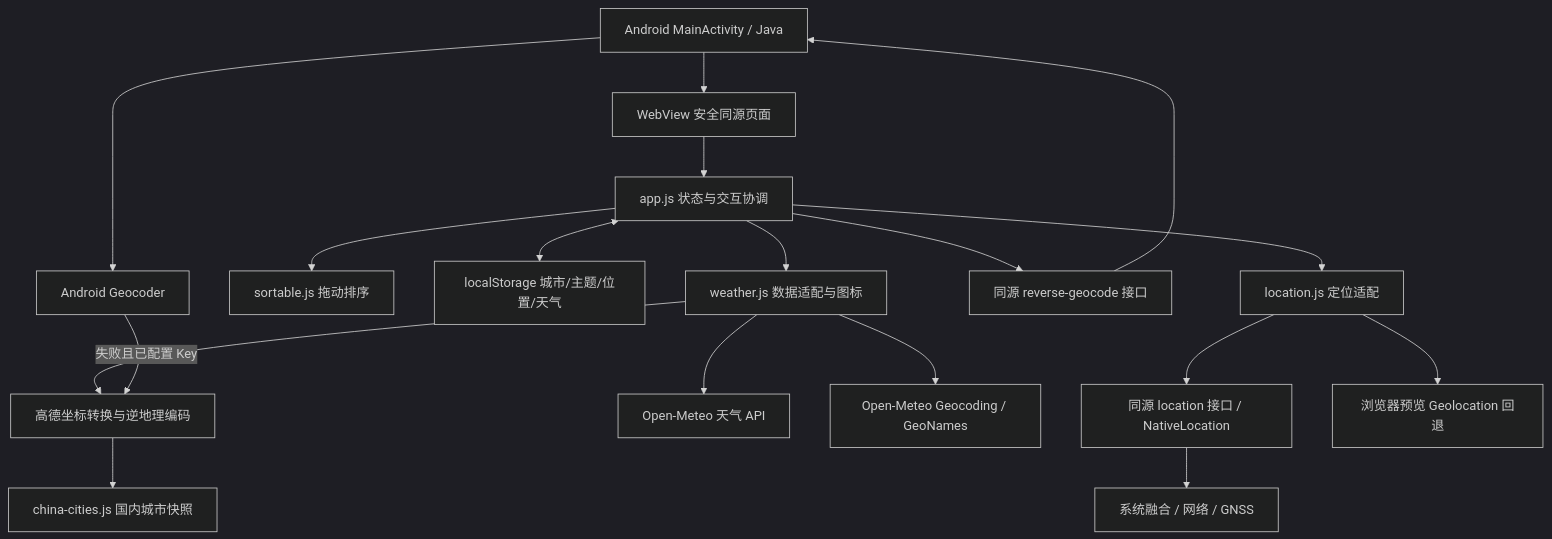
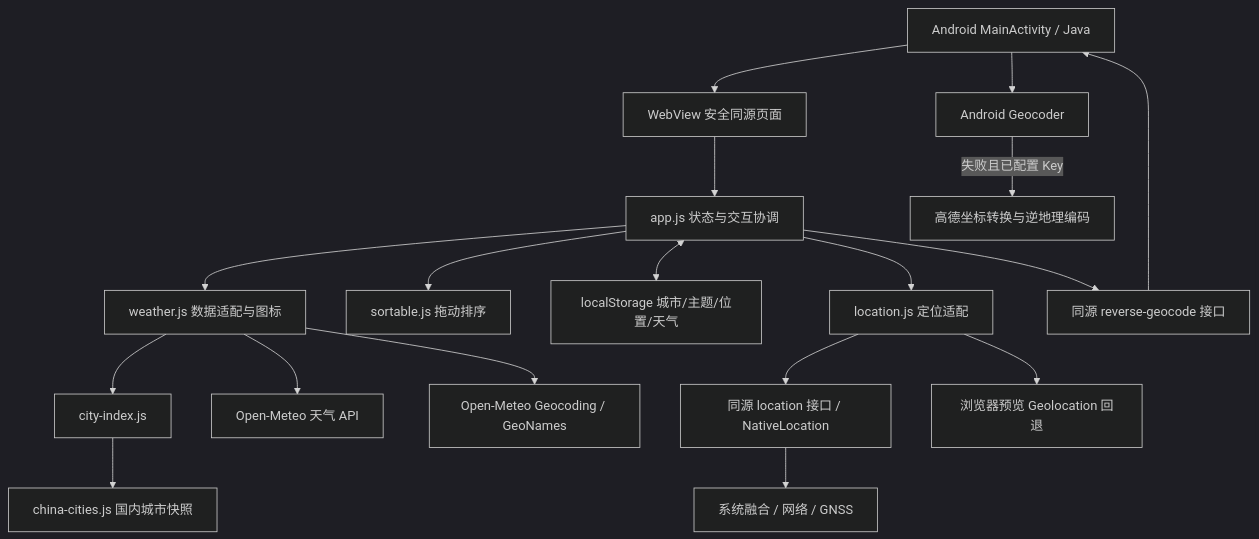
One commit to liu-gongjie/TravelWeather changed the first of 2 diagrams in docs/DESIGN.md. Above: the diagram before and after it, drawn with Mermaid (dark theme). The commit also changed other lines of this file and 3 other files, not shown here.

````diff
--- a/docs/DESIGN.md
+++ b/docs/DESIGN.md
@@ -51,20 +51,20 @@
 ```mermaid
 flowchart TD
     A[Android MainActivity / Java] --> B[WebView 安全同源页面]
     B --> C[app.js 状态与交互协调]
     C --> D[weather.js 数据适配与图标]
     C --> E[sortable.js 拖动排序]
     C <--> F[localStorage 城市/主题/位置/天气]
     D --> G[city-index.js]
     G --> H[china-cities.js 国内城市快照]
     D --> I[Open-Meteo 天气 API]
     D --> J[Open-Meteo Geocoding / GeoNames]
     C --> K[location.js 定位适配]
     K --> N[同源 location 接口 / NativeLocation]
     N --> O[系统融合 / 网络 / GNSS]
     K --> P[浏览器预览 Geolocation 回退]
     C --> L[同源 reverse-geocode 接口]
     L --> A
     A --> M[Android Geocoder]
-    M -->|失败且已配置 Key| G[高德坐标转换与逆地理编码]
+    M -->|失败且已配置 Key| Q[高德坐标转换与逆地理编码]
 ```
````
